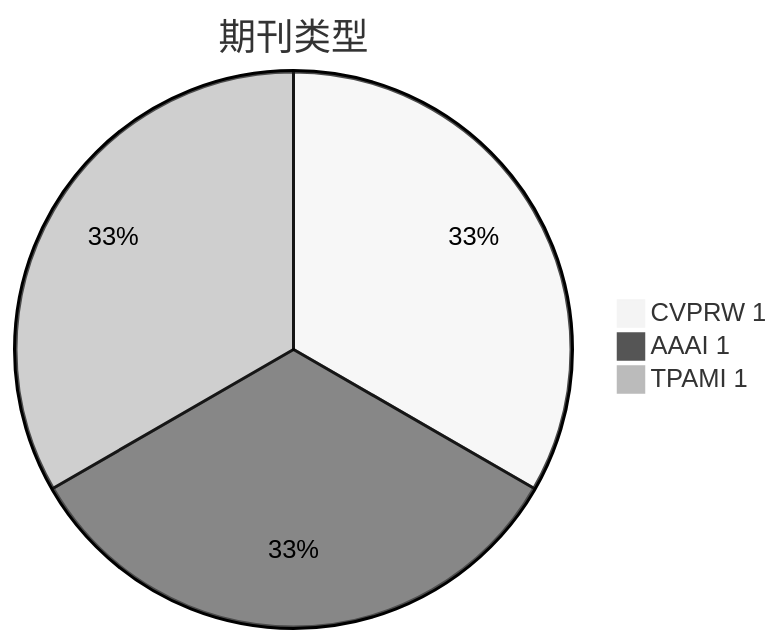
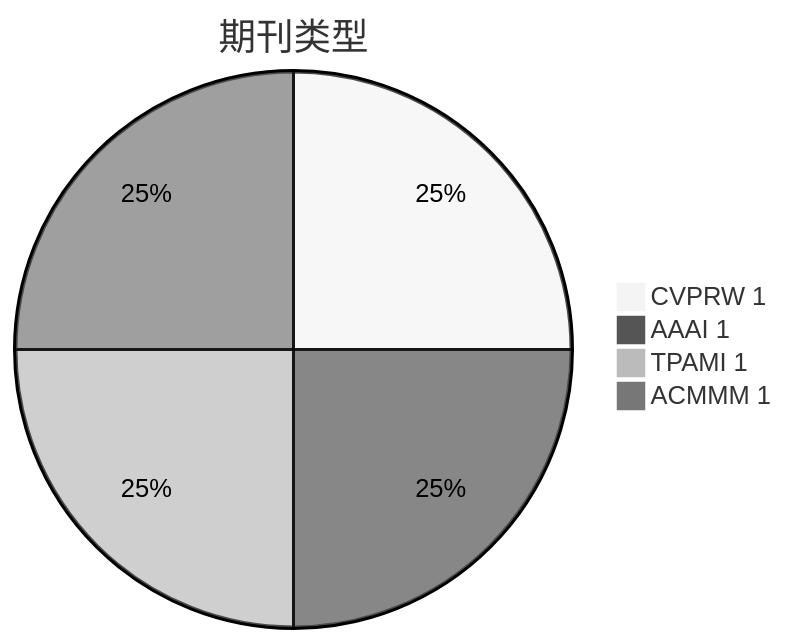
Before and after one commit to Elephant-King9/Paper: the second of 4 diagrams in CV/Lightweight/analyse.md, drawn with Mermaid (neutral theme). The commit also changed other lines of this file and 8 other files, not shown here.

````diff
--- a/CV/Lightweight/analyse.md
+++ b/CV/Lightweight/analyse.md
@@ -21,6 +23,7 @@
 ```mermaid
 pie title 期刊类型
     "CVPRW 1": 1
     "AAAI 1" : 1
     "TPAMI 1" : 1
+    "ACMMM 1" : 1
 ```
````
